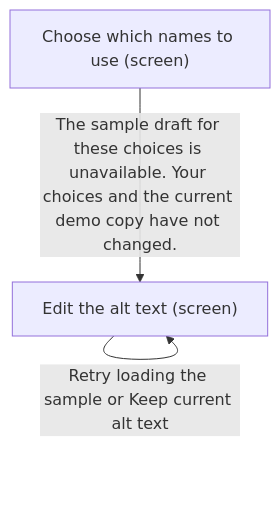
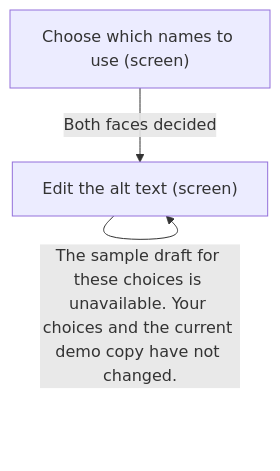
Before and after one commit to darce/context-alt-text-monorepo: the fourth of 7 diagrams in apps/prototype-wp-alt-context/docs/ux-maps/guided-prototype.md, drawn with Mermaid. The commit also changed other lines of this file and 9 other files, not shown here.

````diff
--- a/apps/prototype-wp-alt-context/docs/ux-maps/guided-prototype.md
+++ b/apps/prototype-wp-alt-context/docs/ux-maps/guided-prototype.md
@@ -533,9 +540,9 @@
 ```mermaid
 flowchart TD
   %% flow: Missing sample draft does not change choices or the demo copy job=recover
   %% steps: [{"screen_id":"names","branch_label":"Both faces decided"},{"screen_id":"draft","branch_label":"The sample draft for these choices is unavailable. Your choices and the current demo copy have not changed."},{"screen_id":"draft","branch_label":"Retry loading the sample or Keep current alt text"}]
   n_names["Choose which names to use (screen)"]
   n_draft["Edit the alt text (screen)"]
-  n_names -->|The sample draft for these choices is unavailable. Your choices and the current demo copy have not changed.| n_draft
-  n_draft -->|Retry loading the sample or Keep current alt text| n_draft
+  n_names -->|Both faces decided| n_draft
+  n_draft -->|The sample draft for these choices is unavailable. Your choices and the current demo copy have not changed.| n_draft
 ```
````
